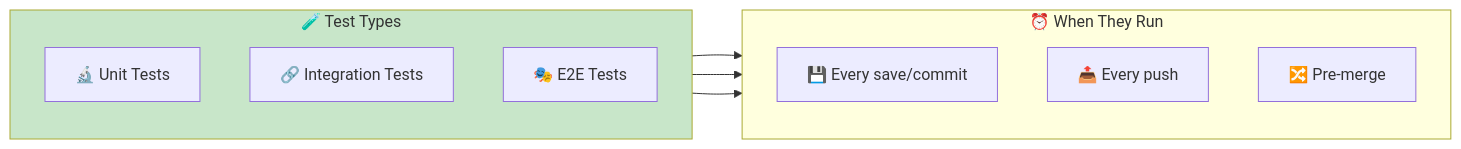
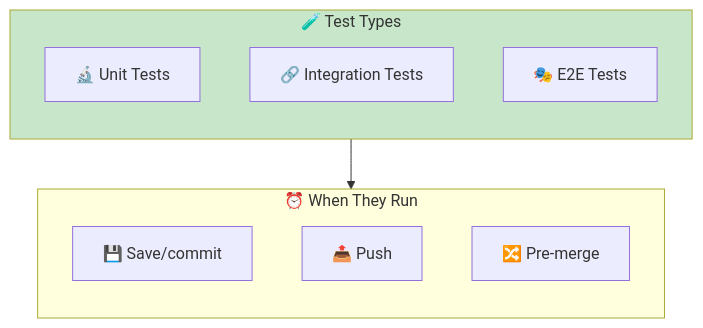
Before and after one commit to TheBushidoCollective/han: the second of 5 diagrams in website/content/papers/ai-dlc-2026/runbooks/adoption/tooling-setup.md, drawn with Mermaid. The commit also changed other lines of this file and 21 other files, not shown here.

First line of the commit message:
fix(website): convert all AI-DLC runbook Mermaid diagrams to TB layout

````diff
--- a/website/content/papers/ai-dlc-2026/runbooks/adoption/tooling-setup.md
+++ b/website/content/papers/ai-dlc-2026/runbooks/adoption/tooling-setup.md
@@ -135,22 +135,20 @@
 ```mermaid
-flowchart LR
+flowchart TB
     subgraph Testing["🧪 Test Types"]
         direction TB
         T1[🔬 Unit Tests]
         T2[🔗 Integration Tests]
         T3[🎭 E2E Tests]
     end
 
+    Testing --> Trigger
+
     subgraph Trigger["⏰ When They Run"]
         direction TB
-        TR1[💾 Every save/commit]
-        TR2[📤 Every push]
+        TR1[💾 Save/commit]
+        TR2[📤 Push]
         TR3[🔀 Pre-merge]
     end
 
-    T1 --> TR1
-    T2 --> TR2
-    T3 --> TR3
-
     style Testing fill:#c8e6c9
 ```
````
